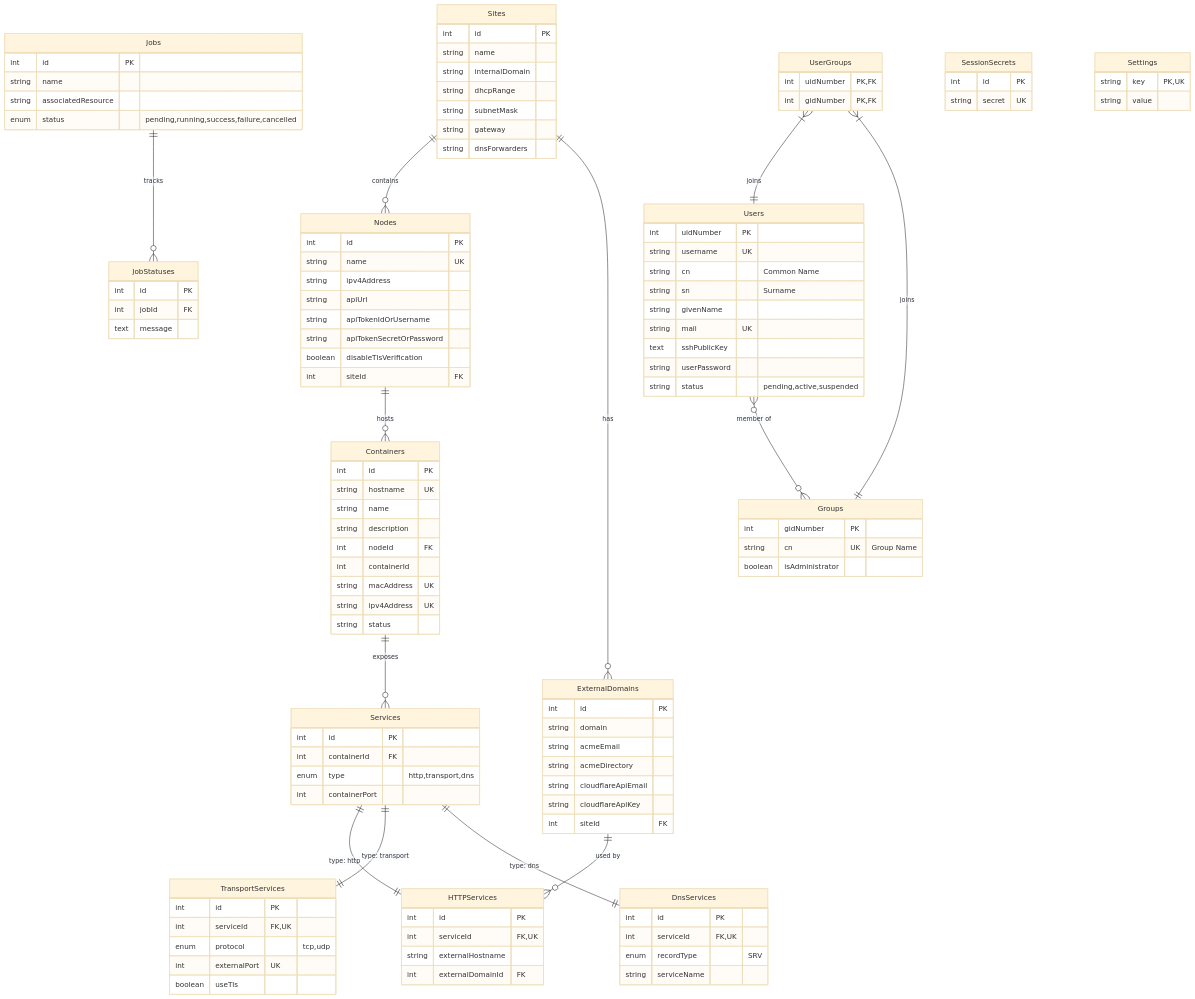
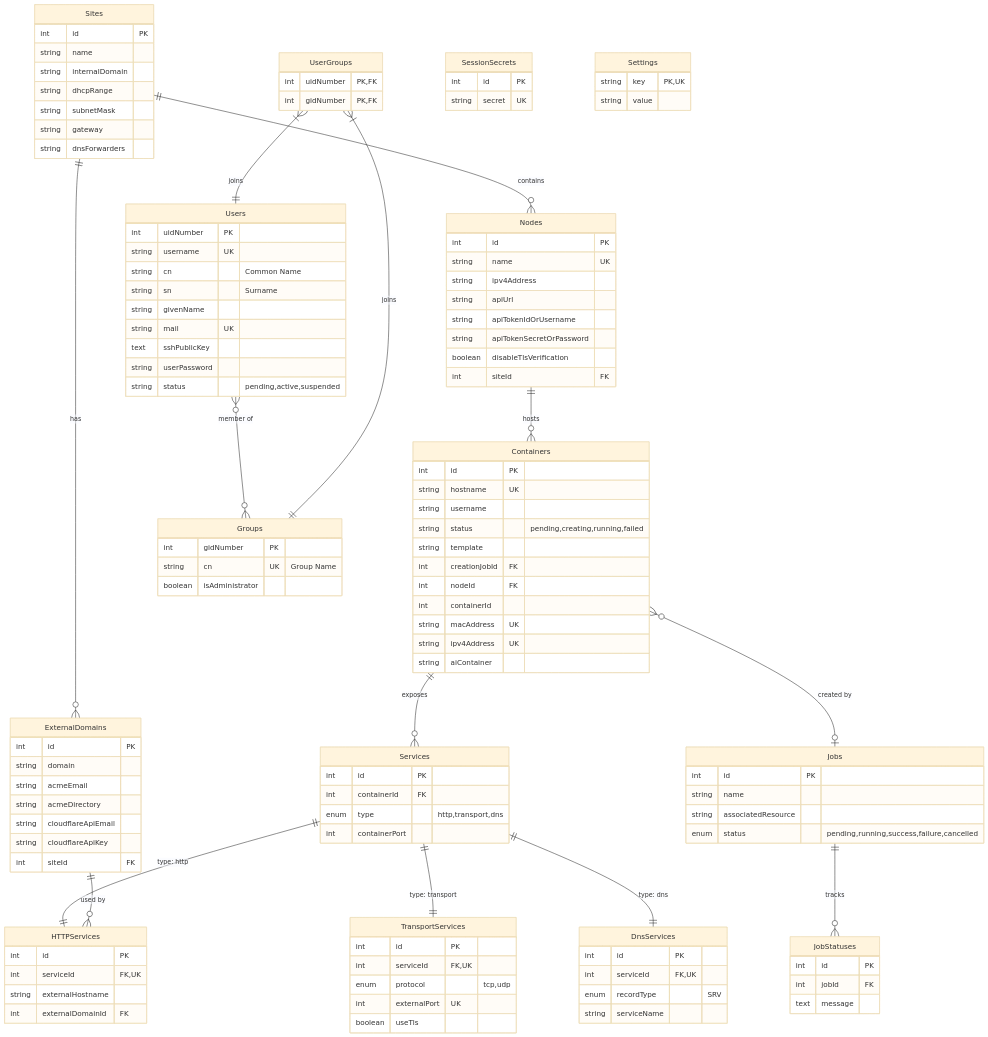
Before and after one commit to mieweb/opensource-server: the diagram in mie-opensource-landing/docs/developers/database-schema.md, drawn with Mermaid (base theme). The commit also changed other lines of this file and 14 other files, not shown here.

Commit message:
feat: async container creation

```diff
--- a/mie-opensource-landing/docs/developers/database-schema.md
+++ b/mie-opensource-landing/docs/developers/database-schema.md
@@ -14,6 +14,7 @@
     Sites ||--o{ ExternalDomains : has
     Nodes ||--o{ Containers : hosts
     Containers ||--o{ Services : exposes
+    Containers }o--o| Jobs : "created by"
     Services ||--|| HTTPServices : "type: http"
     Services ||--|| TransportServices : "type: transport"
     Services ||--|| DnsServices : "type: dns"
@@ -47,13 +48,15 @@
     Containers {
         int id PK
         string hostname UK
-        string name
-        string description
+        string username
+        string status "pending,creating,running,failed"
+        string template
+        int creationJobId FK
         int nodeId FK
         int containerId
         string macAddress UK
         string ipv4Address UK
-        string status
+        string aiContainer
     }
 
     Services {
```
